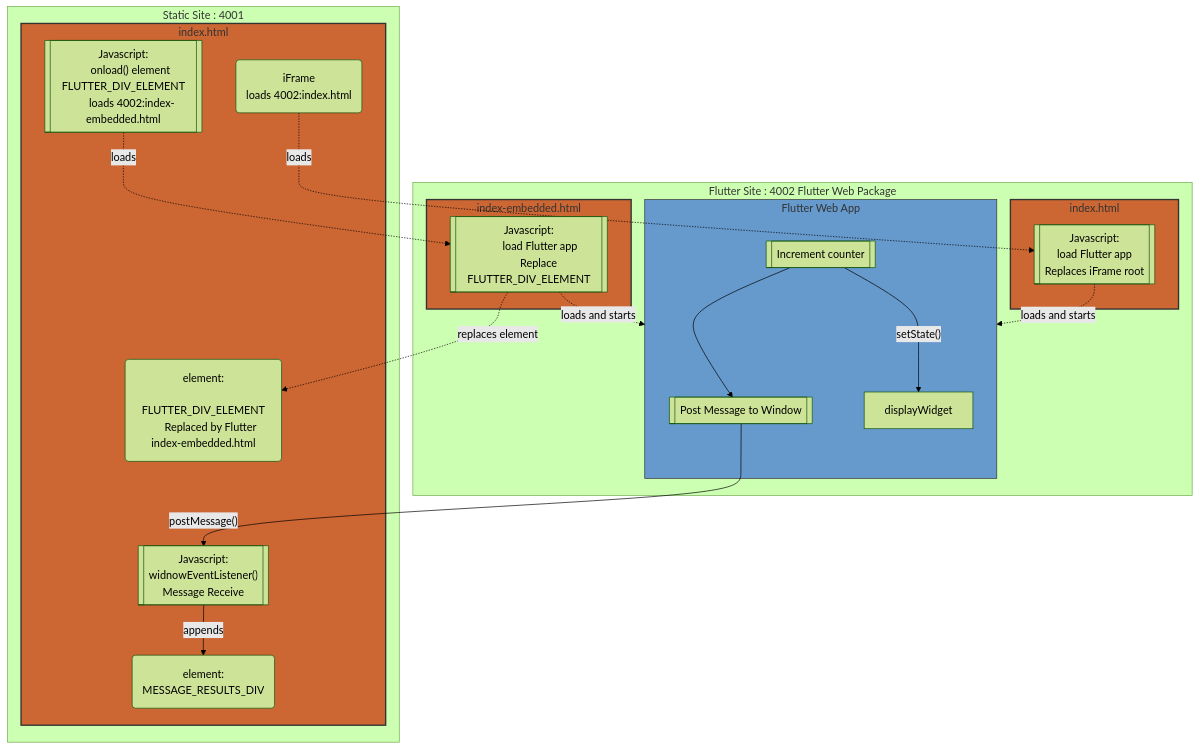
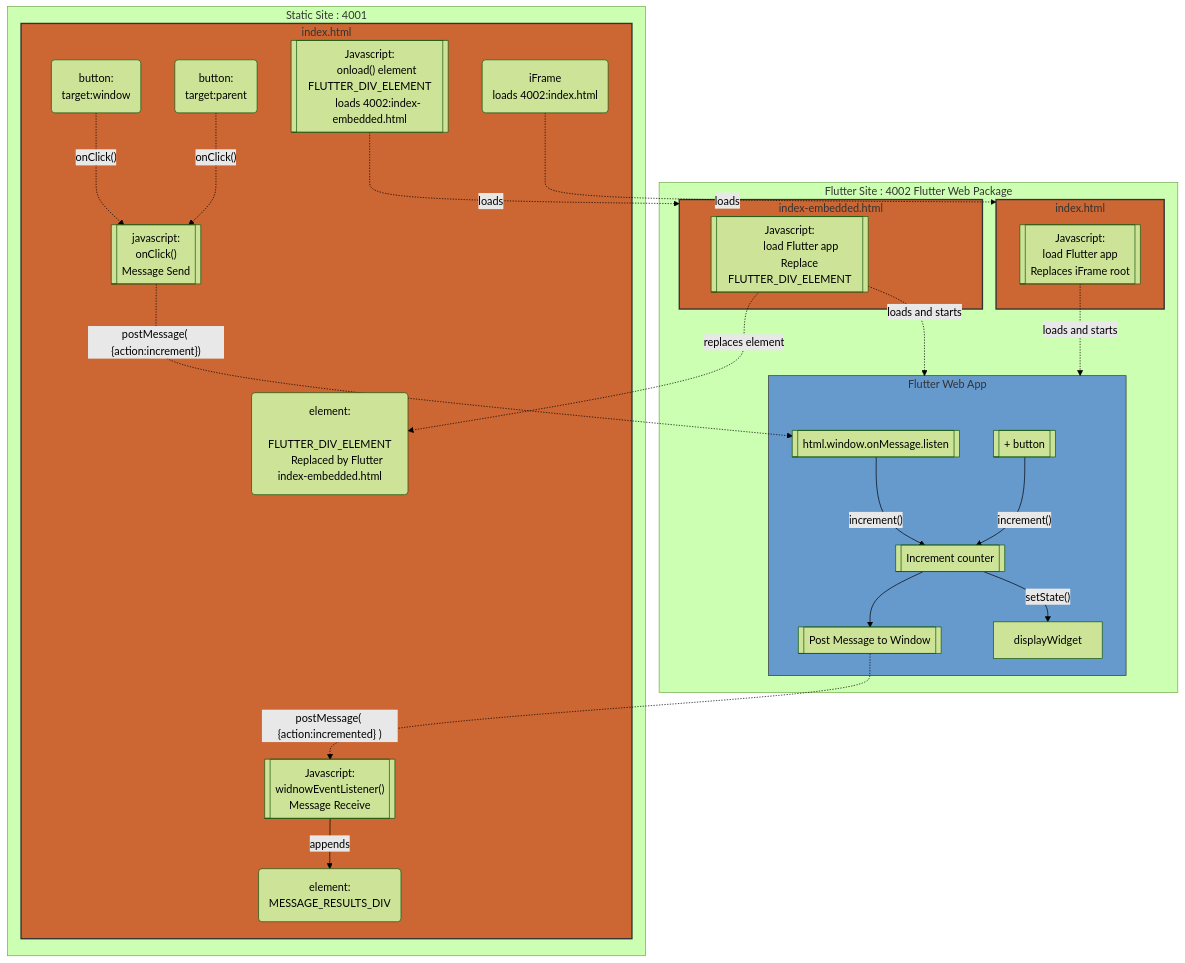
The diagram in README.md (freemansoft/flutter-embedded), drawn with Mermaid (forest theme) before and after one commit. The commit also changed other lines of this file and 3 other files, not shown here.

Commit message:
Add buttons that can call back to increment the counter in the replacement element

````diff
--- a/README.md
+++ b/README.md
@@ -21,60 +21,76 @@
 ```mermaid
-graph TD
+graph TB;
   subgraph 4001[Static Site : 4001]
     subgraph staticIndex[index.html]
       iFrame("iFrame
       loads 4002:index.html")
 
       elementLoad[["Javascript:
       onload() element FLUTTER_DIV_ELEMENT
       loads 4002:index-embedded.html"]]
 
       elementFlutterDiv("element:
       FLUTTER_DIV_ELEMENT
       Replaced by Flutter index-embedded.html")
+
+      javascriptButton1("button:
+      target:window")
+      javascriptButton2("button:
+      target:parent")
+      javascriptMessagePost[["javascript:
+      onClick()
+      Message Send"]]
 
       messageReceive[["Javascript:
       widnowEventListener()
       Message Receive"]]
       elementMessage("element:
       MESSAGE_RESULTS_DIV")
     end
   end
 
   subgraph 4002[Flutter Site : 4002 Flutter Web Package]
       subgraph flutterIndex[index.html]
         flutterIndexLoad[["Javascript:
         load Flutter app
         Replaces iFrame root"]]
       end
       subgraph flutterIndexEmbedded[index-embedded.html]
         flutterIndexLoadEmbedded[["Javascript:
         load Flutter app
         Replace FLUTTER_DIV_ELEMENT"]]
       end
       subgraph flutter[Flutter Web App]
+        flutterButtonPlus[["+ button"]]
         flutterPostMessage[["Post Message to Window"]]
         counter[[Increment counter]]
         displayWidget
+        onMessageFlutter[["html.window.onMessage.listen"]]
       end
   end
 
-  elementLoad-.loads.->flutterIndexLoadEmbedded
-  iFrame-.loads.->flutterIndexLoad
+  elementLoad-.loads.->flutterIndexEmbedded
+  iFrame-.loads.->flutterIndex
+
+  javascriptButton1 -."onClick()".-> javascriptMessagePost
+  javascriptButton2 -."onClick()".-> javascriptMessagePost
+  javascriptMessagePost -.postMessage( {action:increment}).->onMessageFlutter
+  onMessageFlutter--"increment()"-->counter
+  flutterButtonPlus--"increment()"-->counter
 
   flutterIndexLoadEmbedded-.loads and starts.->flutter
   flutterIndexLoad-.loads and starts.->flutter
   flutterIndexLoadEmbedded-.replaces element.->elementFlutterDiv
   counter-->flutterPostMessage
   counter--setState()-->displayWidget
 
-  flutterPostMessage--postMessage()-->messageReceive
+  flutterPostMessage-.postMessage( {action:incremented} ).->messageReceive
   messageReceive--appends-->elementMessage
 
 
   classDef orange fill:#c63,stroke:#333,stroke-width:2px;
   classDef blue fill:#69c,stroke:#333,strong-width:2px;
   class staticIndex,flutterIndex,flutterIndexEmbedded orange
   class flutter blue
 
 ```
````
